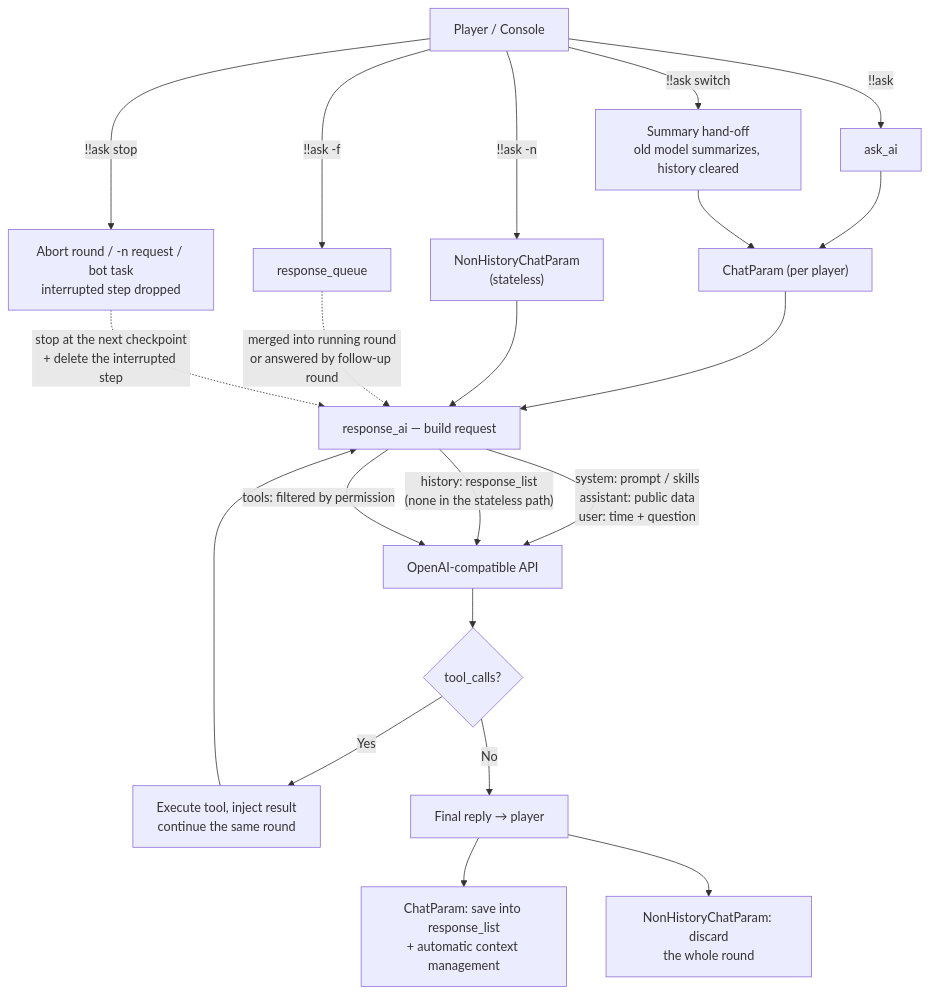
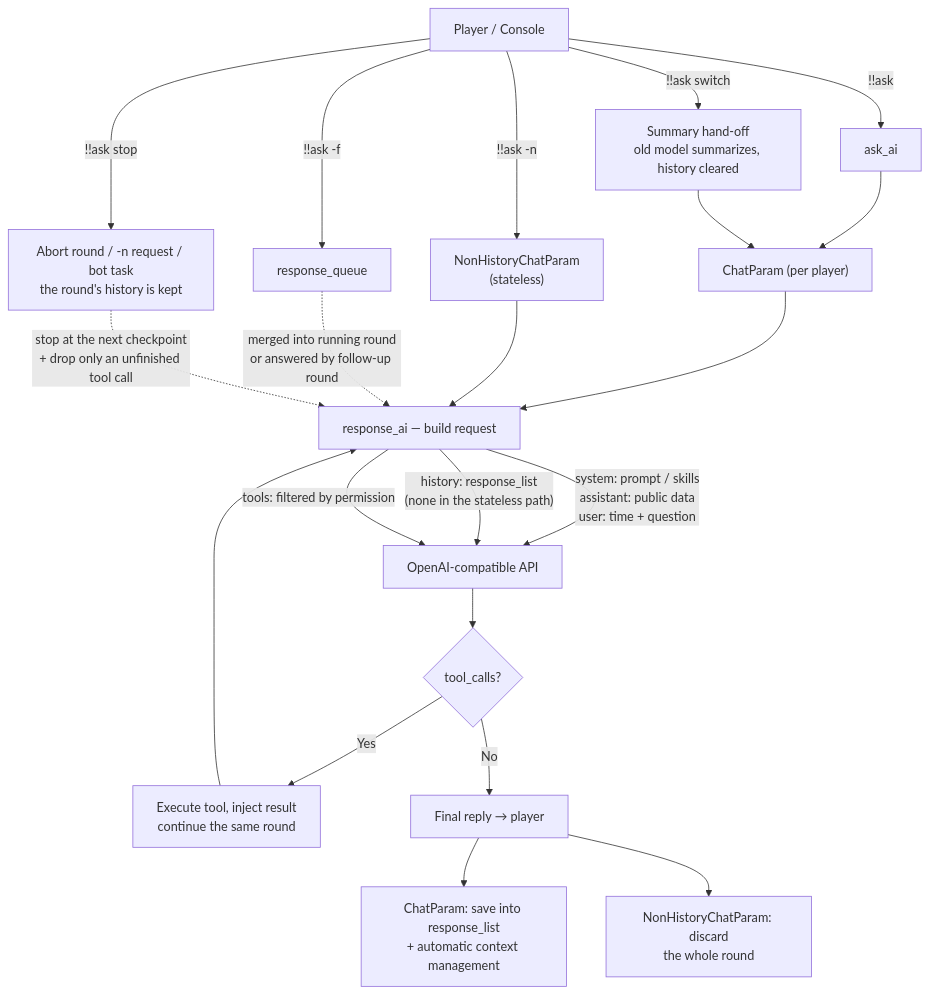
Before and after one commit to PengZixuan30/Games_AI: the diagram in docs/en_us/ai-request-pipeline.md, drawn with Mermaid. The commit also changed other lines of this file and 41 other files, not shown here.

````diff
--- a/docs/en_us/ai-request-pipeline.md
+++ b/docs/en_us/ai-request-pipeline.md
@@ -27,26 +27,26 @@
 ```mermaid
 flowchart TD
     U["Player / Console"] -->|"!!ask <content>"| ASK["ask_ai"]
     U -->|"!!ask -n <content>"| NOH["NonHistoryChatParam<br/>(stateless)"]
     U -->|"!!ask -f <content>"| QUEUE["response_queue"]
     U -->|"!!ask switch <model>"| SWITCH["Summary hand-off<br/>old model summarizes, history cleared"]
-    U -->|"!!ask stop"| STOP["Abort round / -n request / bot task<br/>interrupted step dropped"]
+    U -->|"!!ask stop"| STOP["Abort round / -n request / bot task<br/>the round's history is kept"]
 
     ASK --> CP["ChatParam (per player)"]
     CP --> BUILD["response_ai — build request"]
     NOH --> BUILD
     BUILD -->|"system: prompt / skills<br/>assistant: public data<br/>user: time + question"| API
     BUILD -->|"history: response_list<br/>(none in the stateless path)"| API
     BUILD -->|"tools: filtered by permission"| API
 
     API["OpenAI-compatible API"] --> TOOLCALL{"tool_calls?"}
     TOOLCALL -->|"Yes"| TOOL["Execute tool, inject result<br/>continue the same round"]
     TOOL --> BUILD
     TOOLCALL -->|"No"| REPLY["Final reply → player"]
     REPLY --> SAVE["ChatParam: save into response_list<br/>+ automatic context management"]
     REPLY --> DROP["NonHistoryChatParam: discard<br/>the whole round"]
 
     QUEUE -.->|"merged into running round<br/>or answered by follow-up round"| BUILD
     SWITCH --> CP
-    STOP -.->|"stop at the next checkpoint<br/>+ delete the interrupted step"| BUILD
+    STOP -.->|"stop at the next checkpoint<br/>+ drop only an unfinished tool call"| BUILD
 ```
````
